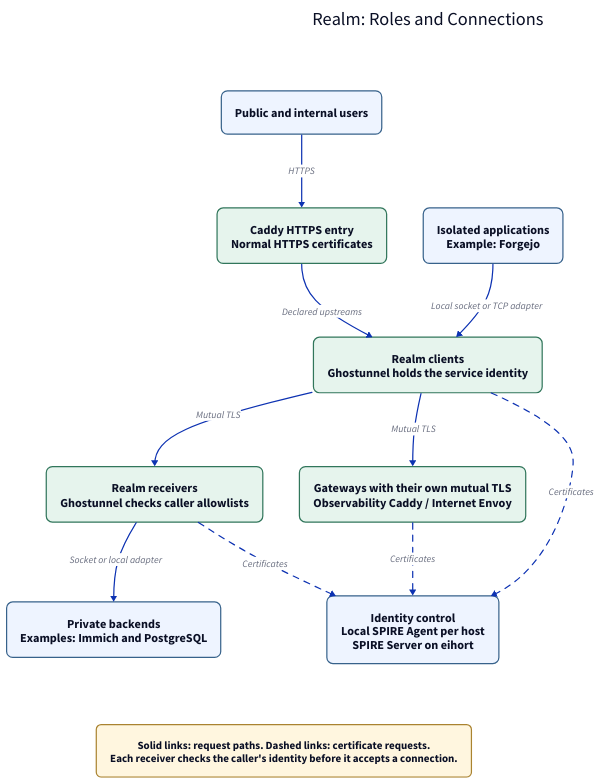
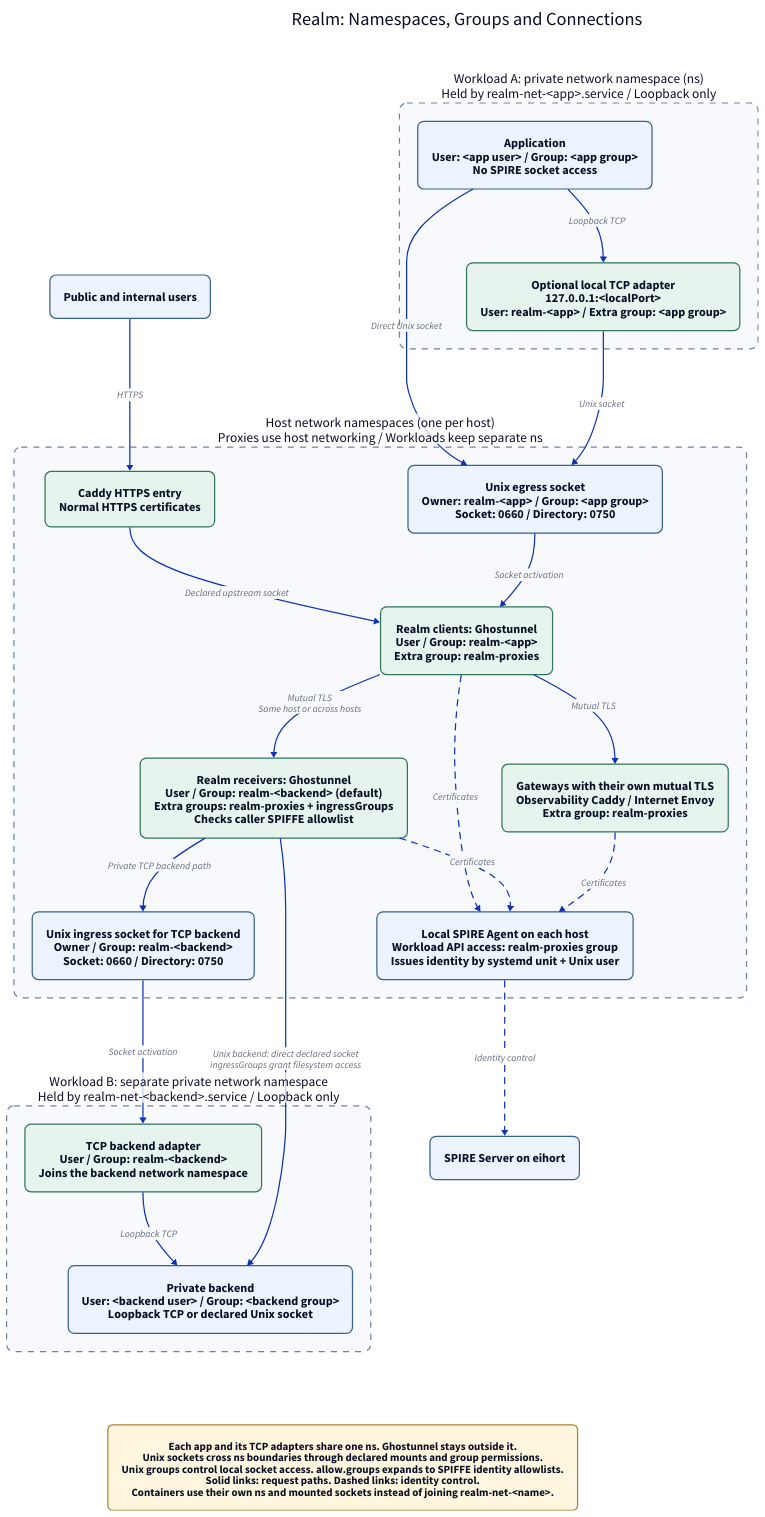
The diagram in layout/realm-overview.d2 (oluceps/nixos-config), drawn with D2 before and after one commit. The commit also changed 7 other files, not shown here.

Commit message:
chore: checkpoint updates and service configuration before Realm agent work

```diff
--- a/layout/realm-overview.d2
+++ b/layout/realm-overview.d2
@@ -1,31 +1,58 @@
 direction: down
 vars: { d2-config: { theme-id: 0 } }
 classes: {
   node: { style: { fill: "#eef4ff"; stroke: "#37628b"; border-radius: 10; font-size: 20 } }
   gateway: { style: { fill: "#e6f4ed"; stroke: "#31765b"; border-radius: 10; font-size: 20 } }
   note: { style: { fill: "#fff6df"; stroke: "#aa8330"; border-radius: 8; font-size: 18 } }
+  namespace: { style: { fill: "#f7f9fc"; stroke: "#71839b"; stroke-dash: 5; border-radius: 12; font-size: 22 } }
 }
-title: "Realm: Roles and Connections" { shape: text; style.font-size: 30 }
+title: "Realm: Namespaces, Groups and Connections" { shape: text; style.font-size: 30 }
 users: "Public and internal users" { class: node }
-apps: "Isolated applications\nExample: Forgejo" { class: node }
-caddy: "Caddy HTTPS entry\nNormal HTTPS certificates" { class: gateway }
-clients: "Realm clients\nGhostunnel holds the service identity" { class: gateway }
-receivers: "Realm receivers\nGhostunnel checks caller allowlists" { class: gateway }
-backends: "Private backends\nExamples: Immich and PostgreSQL" { class: node }
-native: "Gateways with their own mutual TLS\nObservability Caddy / Internet Envoy" { class: gateway }
-identity: "Identity control\nLocal SPIRE Agent per host\nSPIRE Server on eihort" { class: node }
-users -> caddy: "HTTPS"
-caddy -> clients: "Declared upstreams"
-apps -> clients: "Local socket or TCP adapter"
-clients -> receivers: "Mutual TLS"
-receivers -> backends: "Socket or local adapter"
-clients -> native: "Mutual TLS"
-clients -> identity: "Certificates" { style.stroke-dash: 5 }
-receivers -> identity: "Certificates" { style.stroke-dash: 5 }
-native -> identity: "Certificates" { style.stroke-dash: 5 }
-note: "Solid links: request paths. Dashed links: certificate requests.\nEach receiver checks the caller's identity before it accepts a connection." { class: note }
+
+app_ns: "Workload A: private network namespace (ns)\nHeld by realm-net-<app>.service / Loopback only" {
+  class: namespace
+  app: "Application\nUser: <app user> / Group: <app group>\nNo SPIRE socket access" { class: node }
+  adapter: "Optional local TCP adapter\n127.0.0.1:<localPort>\nUser: realm-<app> / Extra group: <app group>" { class: gateway }
+  app -> adapter: "Loopback TCP"
+}
+
+host_ns: "Host network namespaces (one per host)\nProxies use host networking / Workloads keep separate ns" {
+  class: namespace
+  caddy: "Caddy HTTPS entry\nNormal HTTPS certificates" { class: gateway }
+  egress: "Unix egress socket\nOwner: realm-<app> / Group: <app group>\nSocket: 0660 / Directory: 0750" { class: node }
+  clients: "Realm clients: Ghostunnel\nUser / Group: realm-<app>\nExtra group: realm-proxies" { class: gateway }
+  receivers: "Realm receivers: Ghostunnel\nUser / Group: realm-<backend> (default)\nExtra groups: realm-proxies + ingressGroups\nChecks caller SPIFFE allowlist" { class: gateway }
+  ingress: "Unix ingress socket for TCP backend\nOwner / Group: realm-<backend>\nSocket: 0660 / Directory: 0750" { class: node }
+  native: "Gateways with their own mutual TLS\nObservability Caddy / Internet Envoy\nExtra group: realm-proxies" { class: gateway }
+  agent: "Local SPIRE Agent on each host\nWorkload API access: realm-proxies group\nIssues identity by systemd unit + Unix user" { class: node }
+  caddy -> clients: "Declared upstream socket"
+  egress -> clients: "Socket activation"
+  clients -> receivers: "Mutual TLS\nSame host or across hosts"
+  receivers -> ingress: "Private TCP backend path"
+  clients -> native: "Mutual TLS"
+  clients -> agent: "Certificates" { style.stroke-dash: 5 }
+  receivers -> agent: "Certificates" { style.stroke-dash: 5 }
+  native -> agent: "Certificates" { style.stroke-dash: 5 }
+}
+
+backend_ns: "Workload B: separate private network namespace\nHeld by realm-net-<backend>.service / Loopback only" {
+  class: namespace
+  adapter: "TCP backend adapter\nUser / Group: realm-<backend>\nJoins the backend network namespace" { class: gateway }
+  backend: "Private backend\nUser: <backend user> / Group: <backend group>\nLoopback TCP or declared Unix socket" { class: node }
+  adapter -> backend: "Loopback TCP"
+}
+server: "SPIRE Server on eihort" { class: node }
+
+users -> host_ns.caddy: "HTTPS"
+app_ns.app -> host_ns.egress: "Direct Unix socket"
+app_ns.adapter -> host_ns.egress: "Unix socket"
+host_ns.ingress -> backend_ns.adapter: "Socket activation"
+host_ns.receivers -> backend_ns.backend: "Unix backend: direct declared socket\ningressGroups grant filesystem access"
+host_ns.agent -> server: "Identity control" { style.stroke-dash: 5 }
+
+note: "Each app and its TCP adapters share one ns. Ghostunnel stays outside it.\nUnix sockets cross ns boundaries through declared mounts and group permissions.\nUnix groups control local socket access. allow.groups expands to SPIFFE identity allowlists.\nSolid links: request paths. Dashed links: identity control.\nContainers use their own ns and mounted sockets instead of joining realm-net-<name>." { class: note }
 # Invisible edges arrange the title and note.
 title -> users: { style.opacity: 0 }
-title -> apps: { style.opacity: 0 }
-backends -> note: { style.opacity: 0 }
-identity -> note: { style.opacity: 0 }
+title -> app_ns: { style.opacity: 0 }
+backend_ns -> note: { style.opacity: 0 }
+server -> note: { style.opacity: 0 }
```
